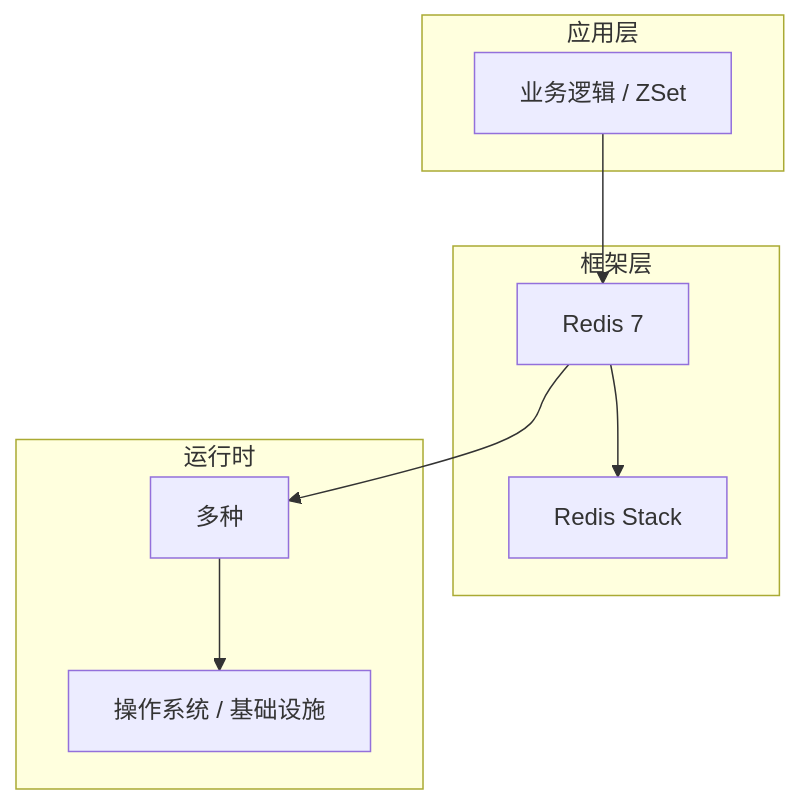
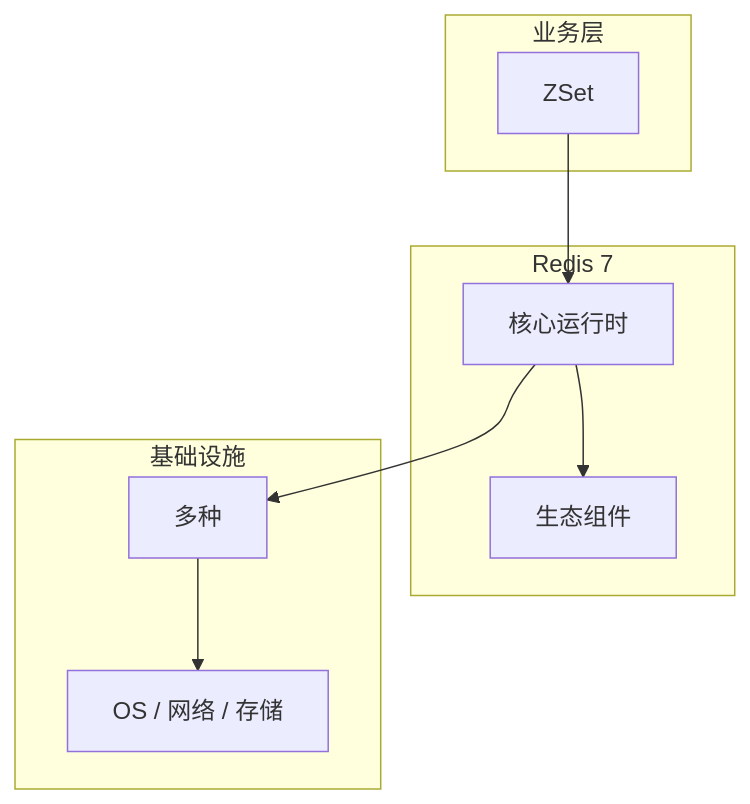
One commit to yanggan2015/knowledge-json-v2 changed the diagram in articles/Redis/chapters/037-ZSet核心概念与原理.md. Above: the diagram before and after it, drawn with Mermaid. The commit also changed other lines of this file and 10127 other files, not shown here.

````diff
--- a/articles/Redis/chapters/037-ZSet核心概念与原理.md
+++ b/articles/Redis/chapters/037-ZSet核心概念与原理.md
@@ -45,18 +34,18 @@
 ```mermaid
 graph TB
-    subgraph 应用层
-        A[业务逻辑 / ZSet]
+    subgraph 业务层
+        A[ZSet]
     end
-    subgraph 框架层
-        B[Redis 7]
-        C[Redis Stack]
+    subgraph Redis 7
+        B[核心运行时]
+        C[生态组件]
     end
-    subgraph 运行时
+    subgraph 基础设施
         D[多种]
-        E[操作系统 / 基础设施]
+        E[OS / 网络 / 存储]
     end
     A --> B
     B --> C
     B --> D
     D --> E
 ```
````
